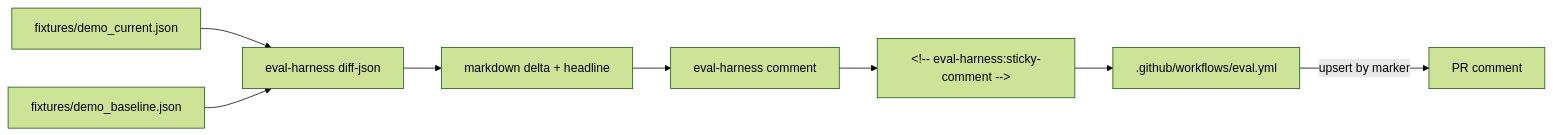
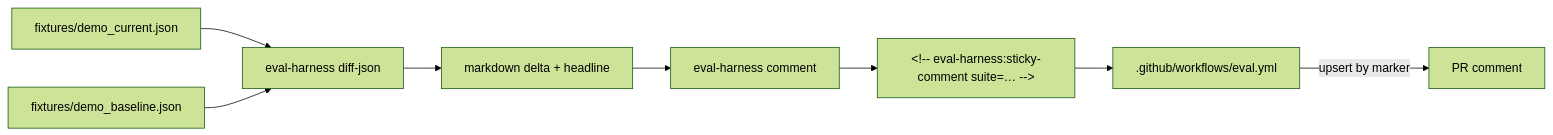
Before and after one commit to jt-mchorse/llm-eval-harness: the third of 3 diagrams in docs/architecture.md, drawn with Mermaid (forest theme). The commit also changed other lines of this file and 9 other files, not shown here.

First line of the commit message:
fix(comment): scope the sticky marker to the suite so two suites keep two comments (#458)

````diff
--- a/docs/architecture.md
+++ b/docs/architecture.md
@@ -475,10 +475,10 @@
 ```mermaid
 flowchart LR
   CURRENT[fixtures/demo_current.json] --> DIFFJSON[eval-harness diff-json]
   BASELINE[fixtures/demo_baseline.json] --> DIFFJSON
   DIFFJSON --> MD[markdown delta + headline]
   MD --> COMMENT[eval-harness comment]
-  COMMENT --> MARKER["&lt;!-- eval-harness:sticky-comment --&gt;"]
+  COMMENT --> MARKER["&lt;!-- eval-harness:sticky-comment suite=… --&gt;"]
   MARKER --> ACTION[.github/workflows/eval.yml]
   ACTION -- upsert by marker --> PR[PR comment]
 ```
````
